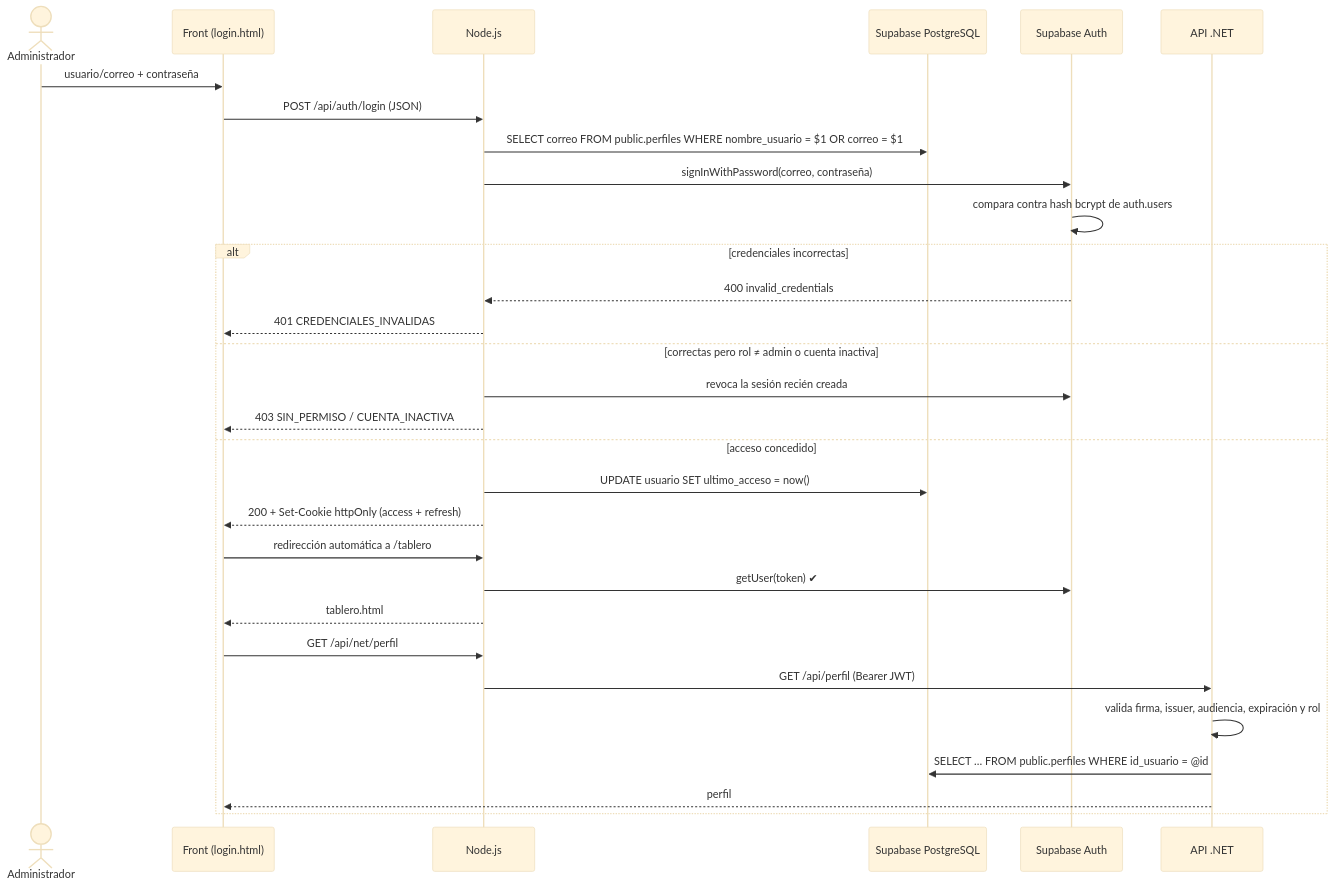
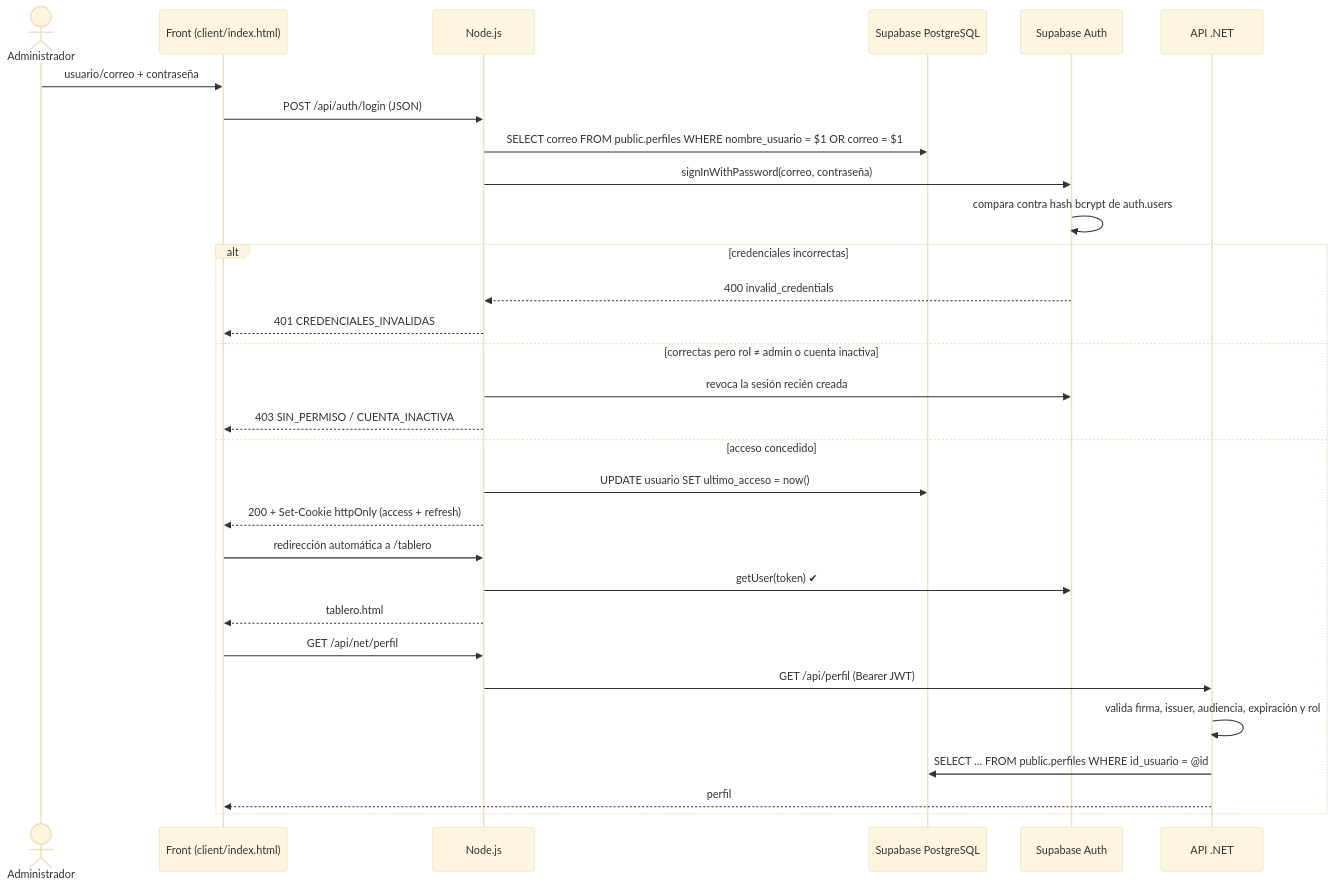
Before and after one commit to AleMar-Proyectos/BDAplicada: the diagram in README.md, drawn with Mermaid (base theme). The commit also changed other lines of this file and 41 other files, not shown here.

````diff
--- a/README.md
+++ b/README.md
@@ -42,33 +42,33 @@
 ```mermaid
 sequenceDiagram
     actor A as Administrador
-    participant F as Front (login.html)
+    participant F as Front (client/index.html)
     participant N as Node.js
     participant DB as Supabase PostgreSQL
     participant SA as Supabase Auth
     participant NET as API .NET
 
     A->>F: usuario/correo + contraseña
     F->>N: POST /api/auth/login (JSON)
     N->>DB: SELECT correo FROM public.perfiles WHERE nombre_usuario = $1 OR correo = $1
     N->>SA: signInWithPassword(correo, contraseña)
     SA->>SA: compara contra hash bcrypt de auth.users
     alt credenciales incorrectas
         SA-->>N: 400 invalid_credentials
         N-->>F: 401 CREDENCIALES_INVALIDAS
     else correctas pero rol ≠ admin o cuenta inactiva
         N->>SA: revoca la sesión recién creada
         N-->>F: 403 SIN_PERMISO / CUENTA_INACTIVA
     else acceso concedido
         N->>DB: UPDATE usuario SET ultimo_acceso = now()
         N-->>F: 200 + Set-Cookie httpOnly (access + refresh)
         F->>N: redirección automática a /tablero
         N->>SA: getUser(token) ✔
         N-->>F: tablero.html
         F->>N: GET /api/net/perfil
         N->>NET: GET /api/perfil (Bearer JWT)
         NET->>NET: valida firma, issuer, audiencia, expiración y rol
         NET->>DB: SELECT … FROM public.perfiles WHERE id_usuario = @id
         NET-->>F: perfil
     end
 ```
````
